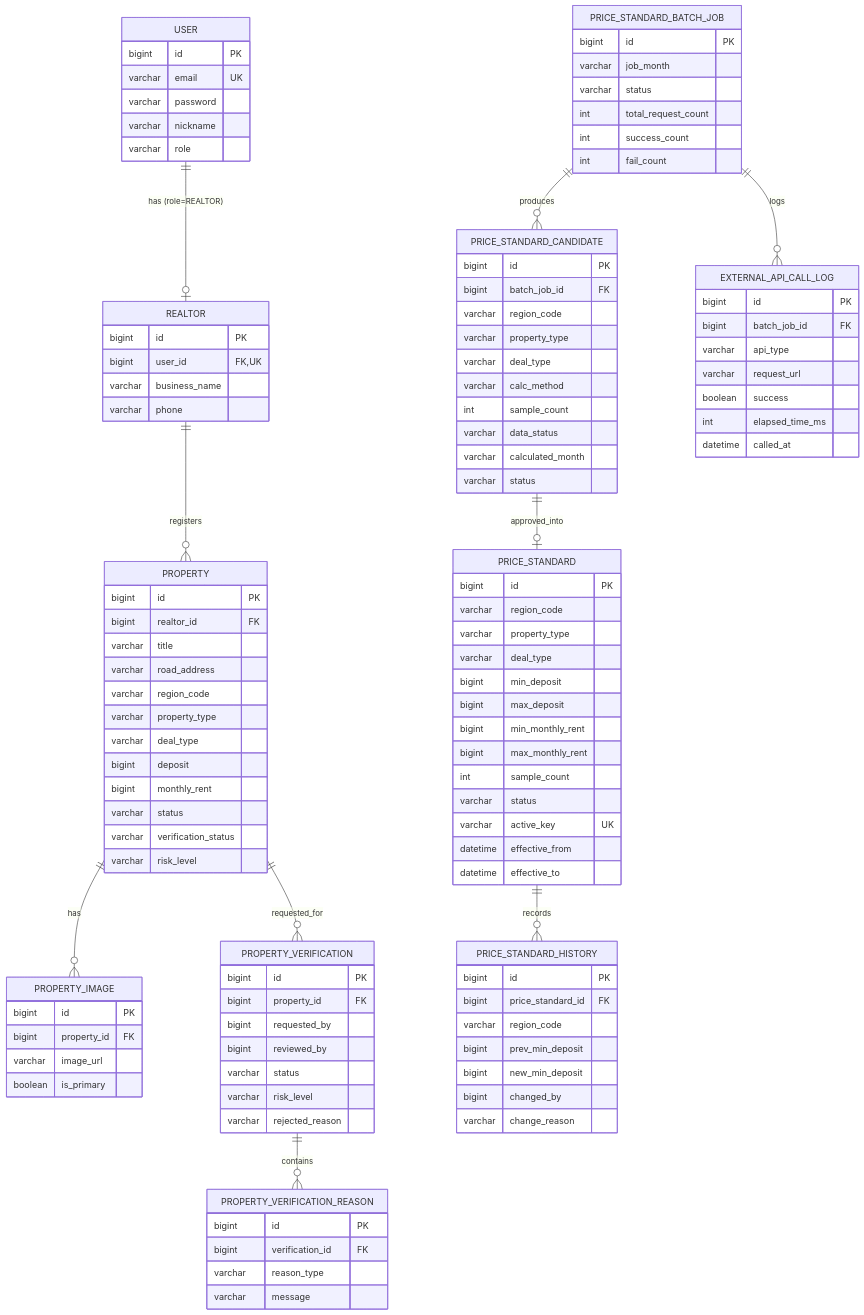
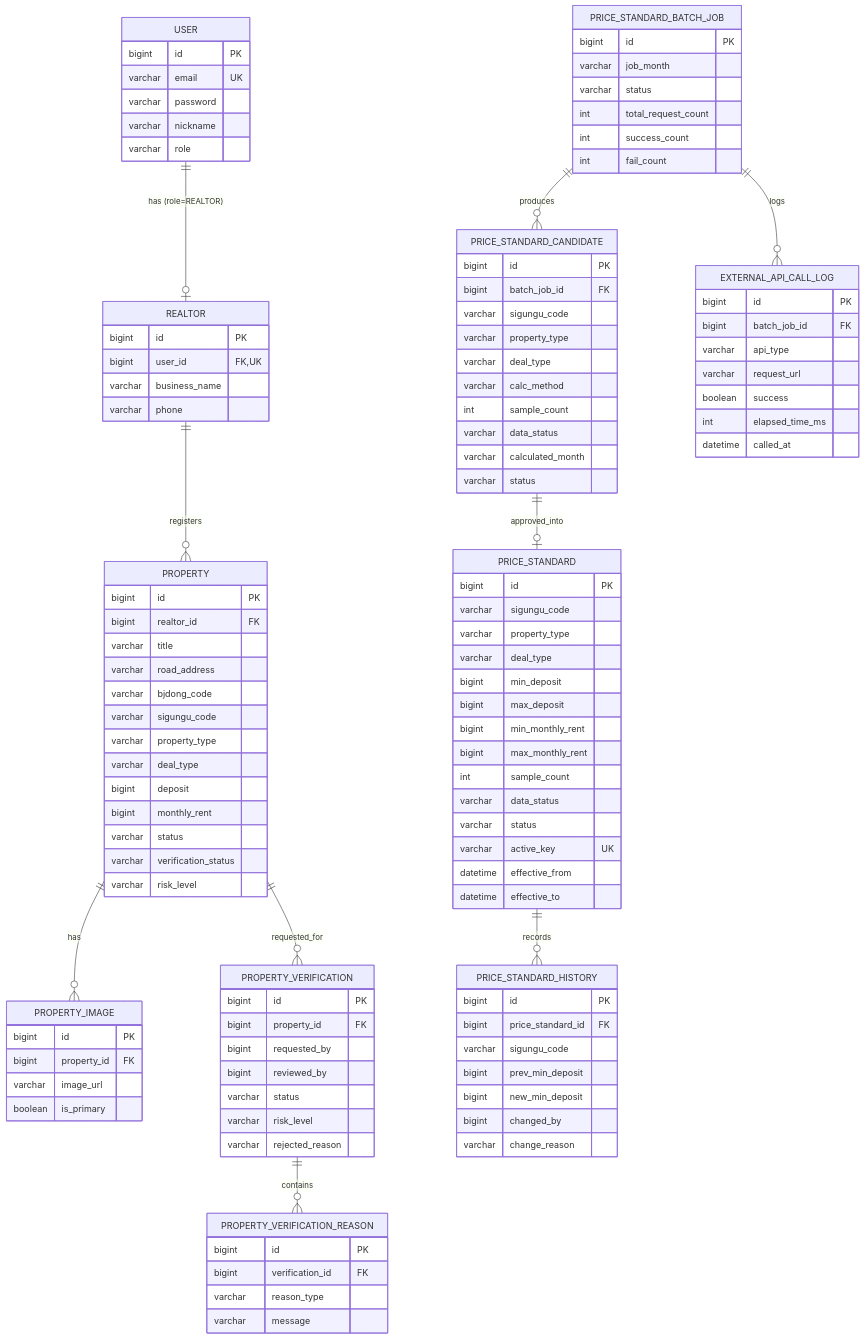
Before and after one commit to mamc325/jipsanim-backend: the diagram in specs/001-price-verification-mvp/erd.md, drawn with Mermaid. The commit also changed other lines of this file and 5 other files, not shown here.

```diff
--- a/specs/001-price-verification-mvp/erd.md
+++ b/specs/001-price-verification-mvp/erd.md
@@ -34,7 +34,8 @@
         bigint realtor_id FK
         varchar title
         varchar road_address
-        varchar region_code
+        varchar bjdong_code
+        varchar sigungu_code
         varchar property_type
         varchar deal_type
         bigint deposit
@@ -66,7 +67,7 @@
     }
     PRICE_STANDARD {
         bigint id PK
-        varchar region_code
+        varchar sigungu_code
         varchar property_type
         varchar deal_type
         bigint min_deposit
@@ -74,6 +75,7 @@
         bigint min_monthly_rent
         bigint max_monthly_rent
         int sample_count
+        varchar data_status
         varchar status
         varchar active_key UK
         datetime effective_from
@@ -82,7 +84,7 @@
     PRICE_STANDARD_CANDIDATE {
         bigint id PK
         bigint batch_job_id FK
-        varchar region_code
+        varchar sigungu_code
         varchar property_type
         varchar deal_type
         varchar calc_method
@@ -94,7 +96,7 @@
     PRICE_STANDARD_HISTORY {
         bigint id PK
         bigint price_standard_id FK
-        varchar region_code
+        varchar sigungu_code
         bigint prev_min_deposit
         bigint new_min_deposit
         bigint changed_by
```
